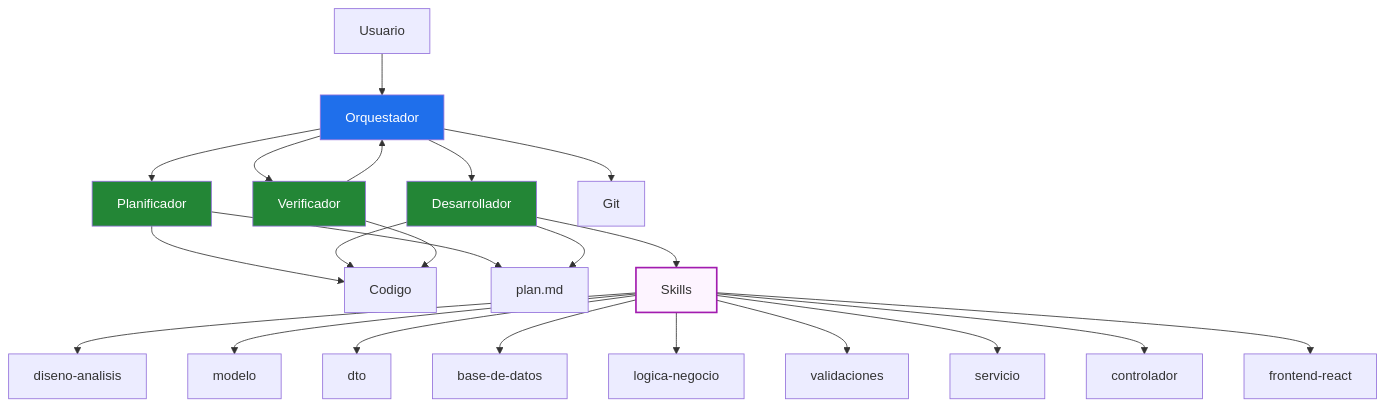
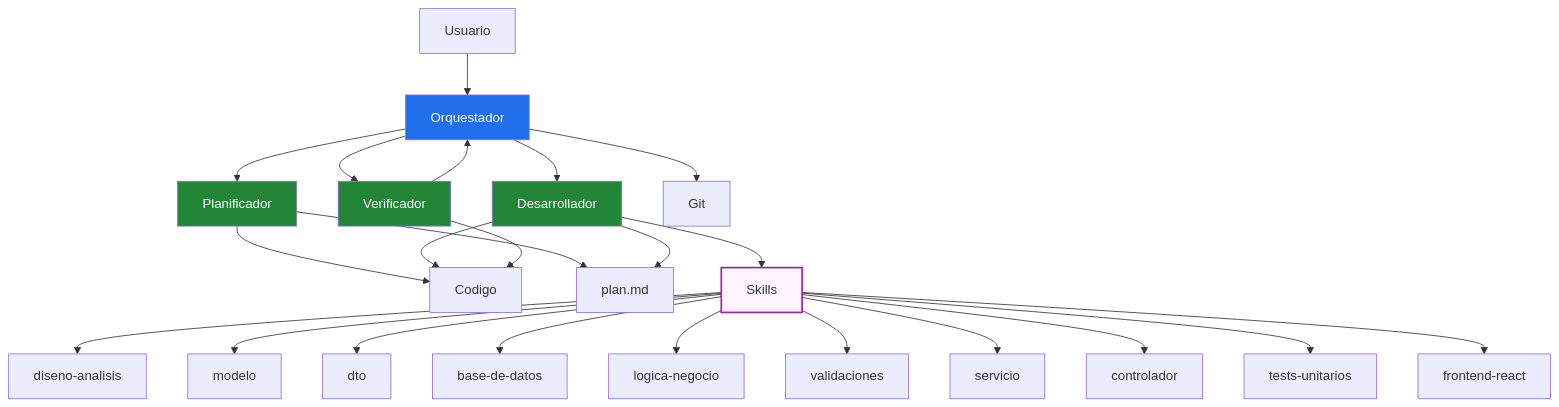
The first of 8 diagrams in docs/skills-orquestacion.md (hispafox/DemoCopilot), drawn with Mermaid before and after one commit. The commit also changed other lines of this file and 21 other files, not shown here.

````diff
--- a/docs/skills-orquestacion.md
+++ b/docs/skills-orquestacion.md
@@ -11,34 +11,35 @@
 ```mermaid
 flowchart TD
     U[Usuario] --> O[Orquestador]
     O --> P[Planificador]
     O --> D[Desarrollador]
     O --> V[Verificador]
     
     P --> CODE[Codigo]
     P --> PLAN[plan.md]
     
     D --> PLAN
     D --> SKILLS[Skills]
     SKILLS --> SK1[diseno-analisis]
     SKILLS --> SK2[modelo]
     SKILLS --> SK3[dto]
     SKILLS --> SK4[base-de-datos]
     SKILLS --> SK5[logica-negocio]
     SKILLS --> SK6[validaciones]
     SKILLS --> SK7[servicio]
     SKILLS --> SK8[controlador]
-    SKILLS --> SK9[frontend-react]
+    SKILLS --> SK9[tests-unitarios]
+    SKILLS --> SK10[frontend-react]
     
     D --> CODE
     
     V --> CODE
     V --> O
     O --> GIT[Git]
     
     style O fill:#1f6feb,color:#fff
     style P fill:#238636,color:#fff
     style D fill:#238636,color:#fff
     style V fill:#238636,color:#fff
     style SKILLS fill:#fdf4ff,stroke:#a21caf,stroke-width:2px
 ```
````
